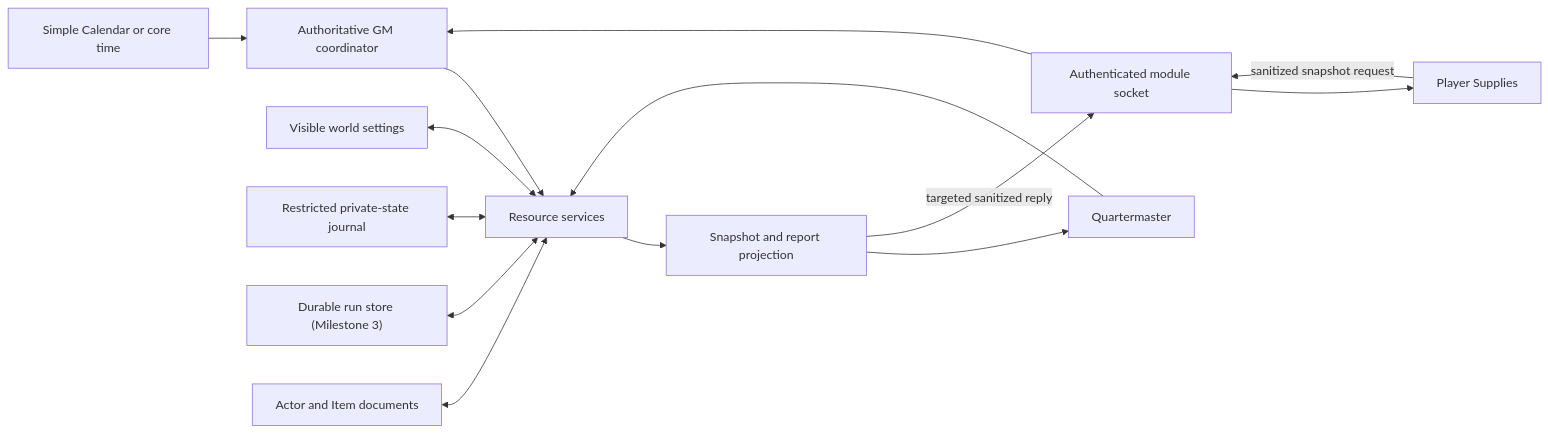
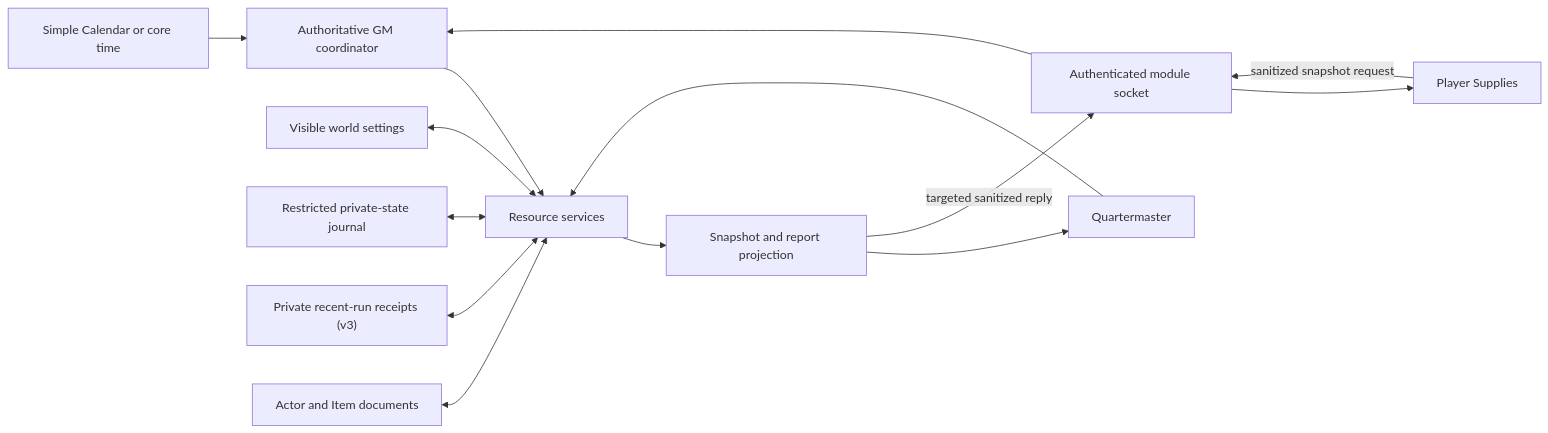
Before and after one commit to Heliosiv/Infinity-D-D5e: the diagram in docs/RESOURCE_SYSTEM.md, drawn with Mermaid. The commit also changed other lines of this file and 17 other files, not shown here.

Commit message:
Add Quartermaster recent run receipts

````diff
--- a/docs/RESOURCE_SYSTEM.md
+++ b/docs/RESOURCE_SYSTEM.md
@@ -269,16 +285,16 @@
 ```mermaid
 flowchart LR
   Clock["Simple Calendar or core time"] --> Coordinator["Authoritative GM coordinator"]
   GMUI["Quartermaster"] --> Services["Resource services"]
   PlayerUI["Player Supplies"] -->|"sanitized snapshot request"| Socket["Authenticated module socket"]
   Socket --> Coordinator
   Coordinator --> Services
   Settings["Visible world settings"] <--> Services
   Private["Restricted private-state journal"] <--> Services
-  RunStore["Durable run store (Milestone 3)"] <--> Services
+  RunStore["Private recent-run receipts (v3)"] <--> Services
   Actors["Actor and Item documents"] <--> Services
   Services --> Projection["Snapshot and report projection"]
   Projection --> GMUI
   Projection -->|"targeted sanitized reply"| Socket
   Socket --> PlayerUI
 ```
````
